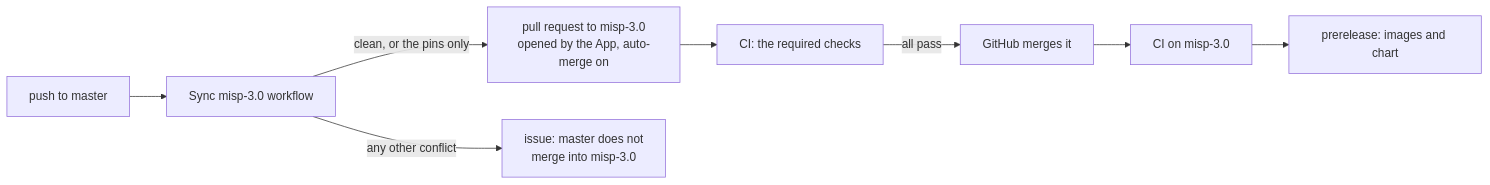
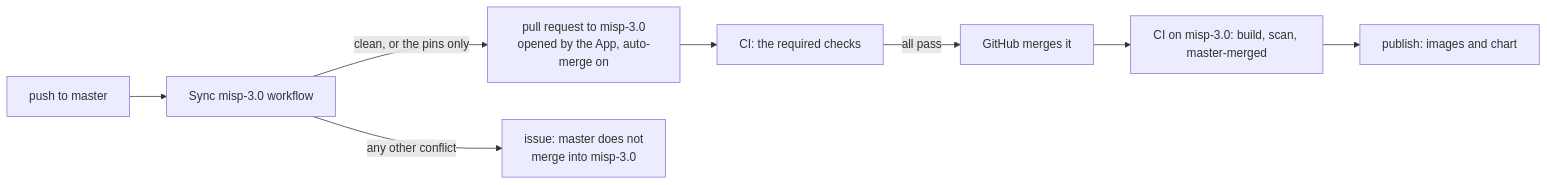
The diagram in DEVELOPING.md (oivindoh/misp-container), drawn with Mermaid before and after one commit. The commit also changed other lines of this file and 13 other files, not shown here.

First line of the commit message:
one ci.yaml serves master and misp-3.0, and a draft runs only the unit tests, to cut CI minutes and the merge conflicts of two workflow files

````diff
--- a/DEVELOPING.md
+++ b/DEVELOPING.md
@@ -161,10 +160,10 @@
 ```mermaid
 flowchart LR
     M[push to master] --> S[Sync misp-3.0 workflow]
     S -->|clean, or the pins only| P[pull request to misp-3.0<br/>opened by the App, auto-merge on]
     S -->|any other conflict| I[issue: master does not<br/>merge into misp-3.0]
     P --> C[CI: the required checks]
     C -->|all pass| G[GitHub merges it]
-    G --> B[CI on misp-3.0]
-    B --> R[prerelease: images and chart]
+    G --> B[CI on misp-3.0: build, scan, master-merged]
+    B --> R[publish: images and chart]
 ```
````
